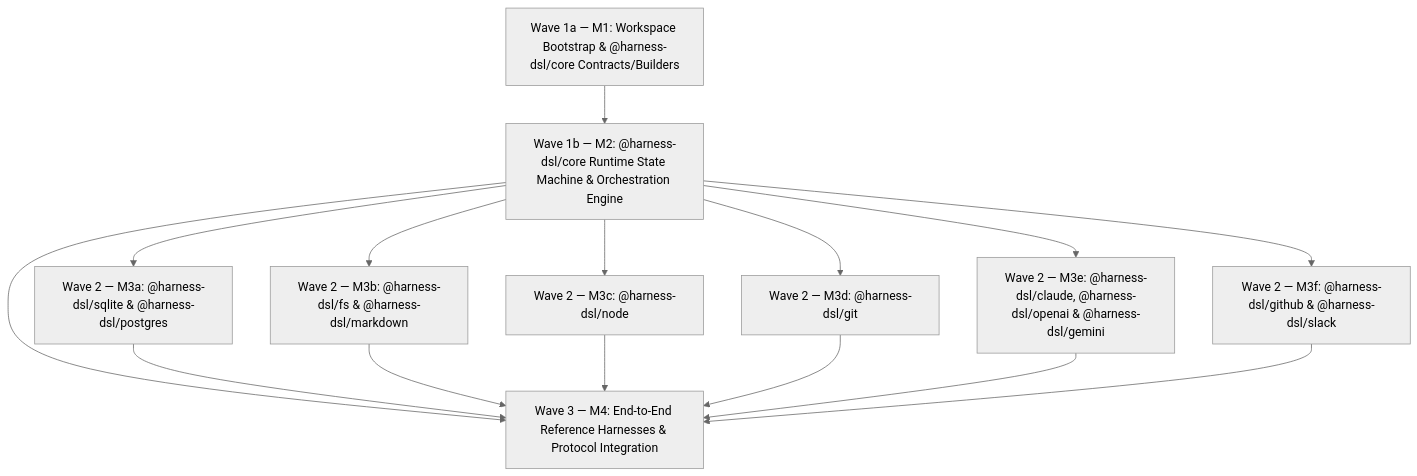
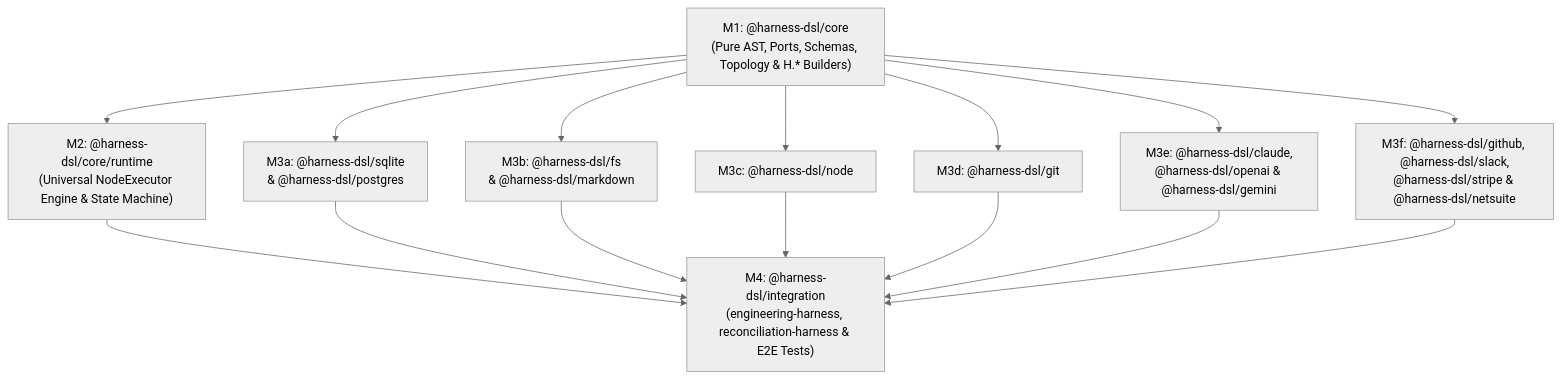
Before and after one commit to paraharness/paraharness: the diagram in docs/plan/INDEX.md, drawn with Mermaid (neutral theme). The commit also changed other lines of this file and 32 other files, not shown here.

````diff
--- a/docs/plan/INDEX.md
+++ b/docs/plan/INDEX.md
@@ -109,28 +13,28 @@
 ```mermaid
 flowchart TD
-  M1["Wave 1a — M1: Workspace Bootstrap & @harness-dsl/core Contracts/Builders"]
-  M2["Wave 1b — M2: @harness-dsl/core Runtime State Machine & Orchestration Engine"]
-  M3a["Wave 2 — M3a: @harness-dsl/sqlite & @harness-dsl/postgres"]
-  M3b["Wave 2 — M3b: @harness-dsl/fs & @harness-dsl/markdown"]
-  M3c["Wave 2 — M3c: @harness-dsl/node"]
-  M3d["Wave 2 — M3d: @harness-dsl/git"]
-  M3e["Wave 2 — M3e: @harness-dsl/claude, @harness-dsl/openai & @harness-dsl/gemini"]
-  M3f["Wave 2 — M3f: @harness-dsl/github & @harness-dsl/slack"]
-  M4["Wave 3 — M4: End-to-End Reference Harnesses & Protocol Integration"]
+    M1["M1: @harness-dsl/core<br/>(Pure AST, Ports, Schemas, Topology & H.* Builders)"]
+    M2["M2: @harness-dsl/core/runtime<br/>(Universal NodeExecutor Engine & State Machine)"]
+    M3a["M3a: @harness-dsl/sqlite<br/>& @harness-dsl/postgres"]
+    M3b["M3b: @harness-dsl/fs<br/>& @harness-dsl/markdown"]
+    M3c["M3c: @harness-dsl/node"]
+    M3d["M3d: @harness-dsl/git"]
+    M3e["M3e: @harness-dsl/claude,<br/>@harness-dsl/openai & @harness-dsl/gemini"]
+    M3f["M3f: @harness-dsl/github, @harness-dsl/slack,<br/>@harness-dsl/stripe & @harness-dsl/netsuite"]
+    M4["M4: @harness-dsl/integration<br/>(engineering-harness, reconciliation-harness & E2E Tests)"]
 
-  M1 --> M2
-  M2 --> M3a
-  M2 --> M3b
-  M2 --> M3c
-  M2 --> M3d
-  M2 --> M3e
-  M2 --> M3f
+    M1 --> M2
+    M1 --> M3a
+    M1 --> M3b
+    M1 --> M3c
+    M1 --> M3d
+    M1 --> M3e
+    M1 --> M3f
 
-  M2 --> M4
-  M3a --> M4
-  M3b --> M4
-  M3c --> M4
-  M3d --> M4
-  M3e --> M4
-  M3f --> M4
+    M2 --> M4
+    M3a --> M4
+    M3b --> M4
+    M3c --> M4
+    M3d --> M4
+    M3e --> M4
+    M3f --> M4
 ```
````
